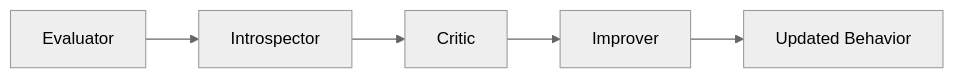
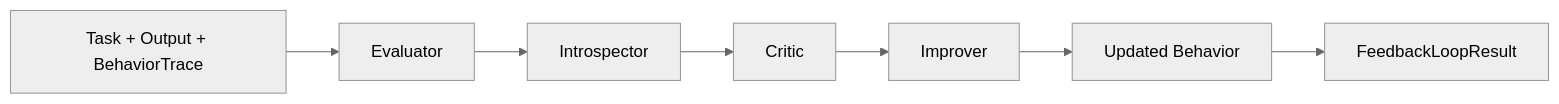
The diagram in README.md (aditya89bh/Evaluation-Introspection-Agents), drawn with Mermaid (neutral theme) before and after one commit. The commit also changed other lines of this file and 1 other file, not shown here.

````diff
--- a/README.md
+++ b/README.md
@@ -11,7 +20,9 @@
 ```mermaid
 flowchart LR
-    Evaluator[Evaluator] --> Introspector[Introspector]
+    Task[Task + Output + BehaviorTrace] --> Evaluator[Evaluator]
+    Evaluator --> Introspector[Introspector]
     Introspector --> Critic[Critic]
     Critic --> Improver[Improver]
     Improver --> Behavior[Updated Behavior]
+    Behavior --> Report[FeedbackLoopResult]
 ```
````
